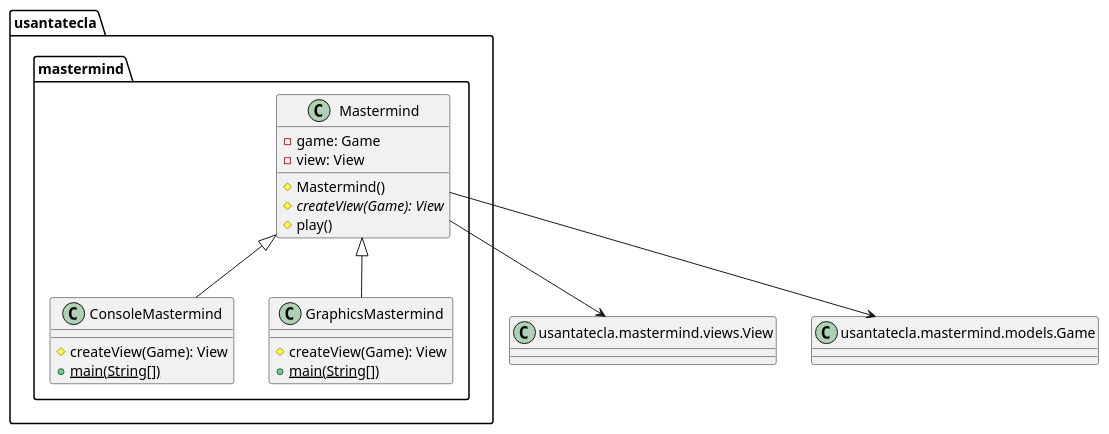
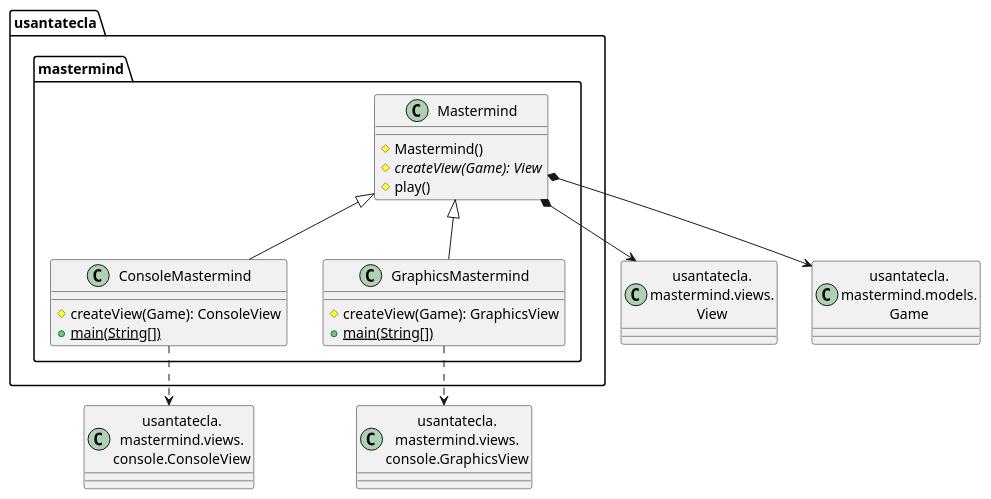
One commit to SantaTecla-mastermind/solution.java.swing.socket.sql changed the first of 6 diagrams in documentView/withFactoryMethod/docs/diagrams/src/paquetes.plantuml. Above: the diagram before and after it, drawn with PlantUML. The commit also changed other lines of this file and 17 other files, not shown here.

```diff
--- a/documentView/withFactoryMethod/docs/diagrams/src/paquetes.plantuml
+++ b/documentView/withFactoryMethod/docs/diagrams/src/paquetes.plantuml
@@ -1,33 +1,29 @@
-@startuml mastermind
+@startuml usantatecla.mastermind
+class View as "usantatecla.\nmastermind.views.\nView" 
+Class Game as "usantatecla.\nmastermind.models.\nGame" 
+class ConsoleView as "usantatecla.\nmastermind.views.\nconsole.ConsoleView" 
+class GraphicsView as "usantatecla.\nmastermind.views.\nconsole.GraphicsView" 
+
+class  usantatecla.mastermind.Mastermind{
+    # Mastermind()
+    # {abstract} createView(Game): View
+    # play() 
+}
+usantatecla.mastermind.Mastermind *-down-> View
+usantatecla.mastermind.Mastermind *-down-> Game
+
 class  usantatecla.mastermind.ConsoleMastermind{
-# createView(Game): View
+    # createView(Game): ConsoleView
+    + {static} main(String[]) 
+}
+usantatecla.mastermind.ConsoleMastermind -up-|> usantatecla.mastermind.Mastermind
+usantatecla.mastermind.ConsoleMastermind ..> ConsoleView
+
+class  usantatecla.mastermind.GraphicsMastermind{
+# createView(Game): GraphicsView
 + {static} main(String[]) 
 }
-usantatecla.mastermind.Mastermind <|-down- usantatecla.mastermind.ConsoleMastermind
-
-class  usantatecla.mastermind.GraphicsMastermind{
-# createView(Game): View
-+ {static} main(String[]) 
-}
-usantatecla.mastermind.Mastermind <|-down- usantatecla.mastermind.GraphicsMastermind
-
-class  usantatecla.mastermind.Mastermind{
-- game: Game
-- view: View
-# Mastermind()
-# {abstract} createView(Game): View
-# play() 
-}
-
-class View as "usantatecla.mastermind.views.View"{
-
-}
-
-Class Game as "usantatecla.mastermind.models.Game"{
-
-}
-
-usantatecla.mastermind.Mastermind --> View
-usantatecla.mastermind.Mastermind --> Game
+usantatecla.mastermind.GraphicsMastermind -up-|> usantatecla.mastermind.Mastermind
+usantatecla.mastermind.GraphicsMastermind ..> GraphicsView
 
 @enduml
```
